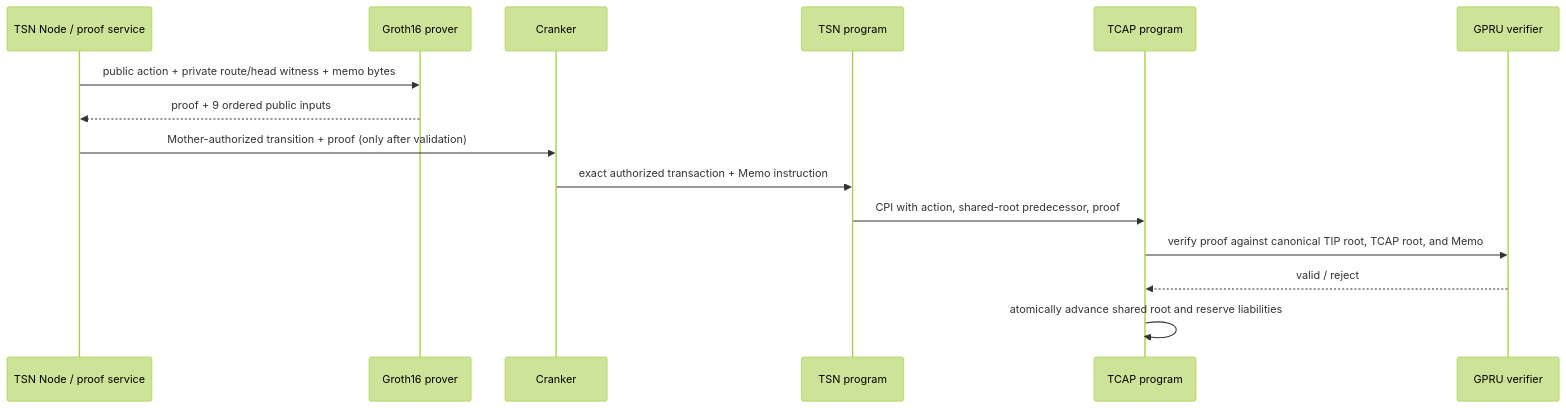
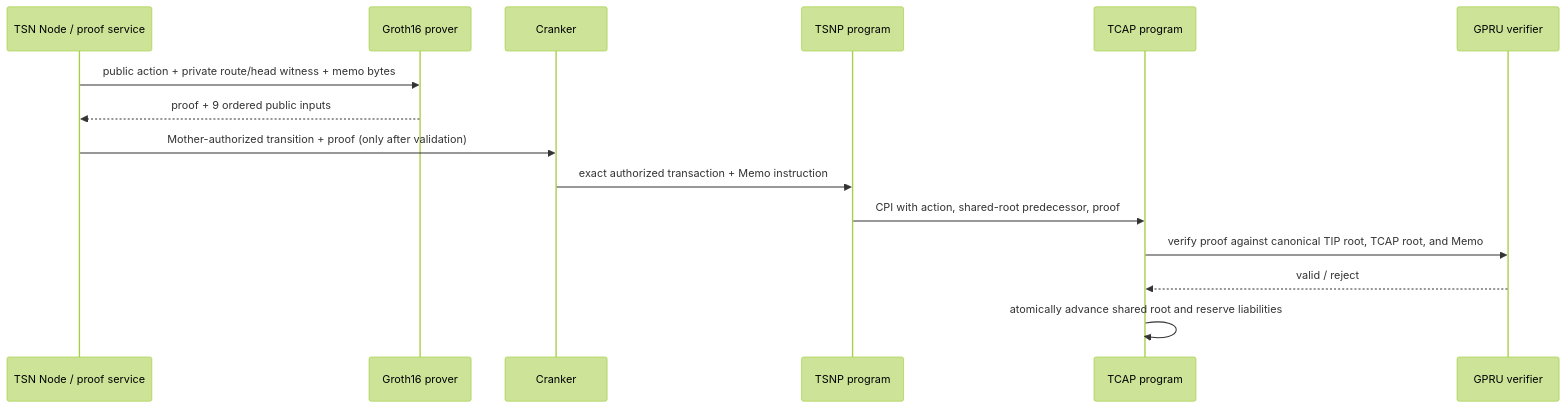
The diagram in docs/GROTH16-PROVER-AND-KEY-ARTIFACTS.md (bigdreamsweb3/trustlink-pay), drawn with Mermaid (forest theme) before and after one commit. The commit also changed 88 other files, not shown here.

````diff
--- a/docs/GROTH16-PROVER-AND-KEY-ARTIFACTS.md
+++ b/docs/GROTH16-PROVER-AND-KEY-ARTIFACTS.md
@@ -96,17 +96,17 @@
 ```mermaid
 sequenceDiagram
     participant N as TSN Node / proof service
     participant P as Groth16 prover
     participant C as Cranker
-    participant S as TSN program
+    participant S as TSNP program
     participant T as TCAP program
     participant G as GPRU verifier
     N->>P: public action + private route/head witness + memo bytes
     P-->>N: proof + 9 ordered public inputs
     N->>C: Mother-authorized transition + proof (only after validation)
     C->>S: exact authorized transaction + Memo instruction
     S->>T: CPI with action, shared-root predecessor, proof
     T->>G: verify proof against canonical TIP root, TCAP root, and Memo
     G-->>T: valid / reject
     T->>T: atomically advance shared root and reserve liabilities
 ```
````
